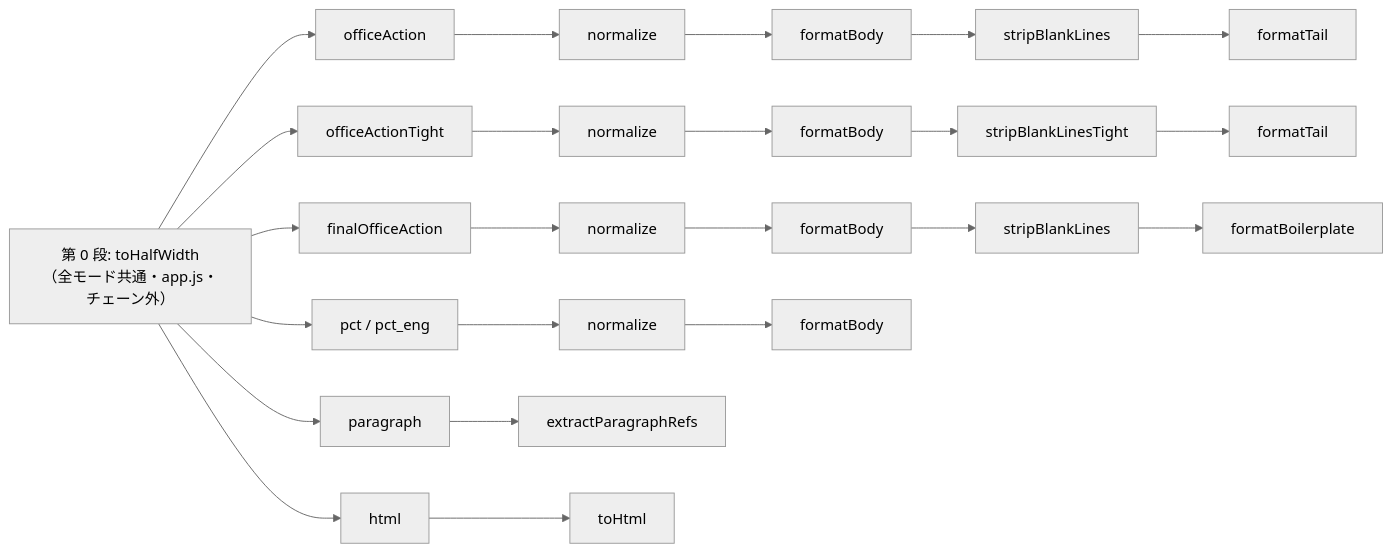
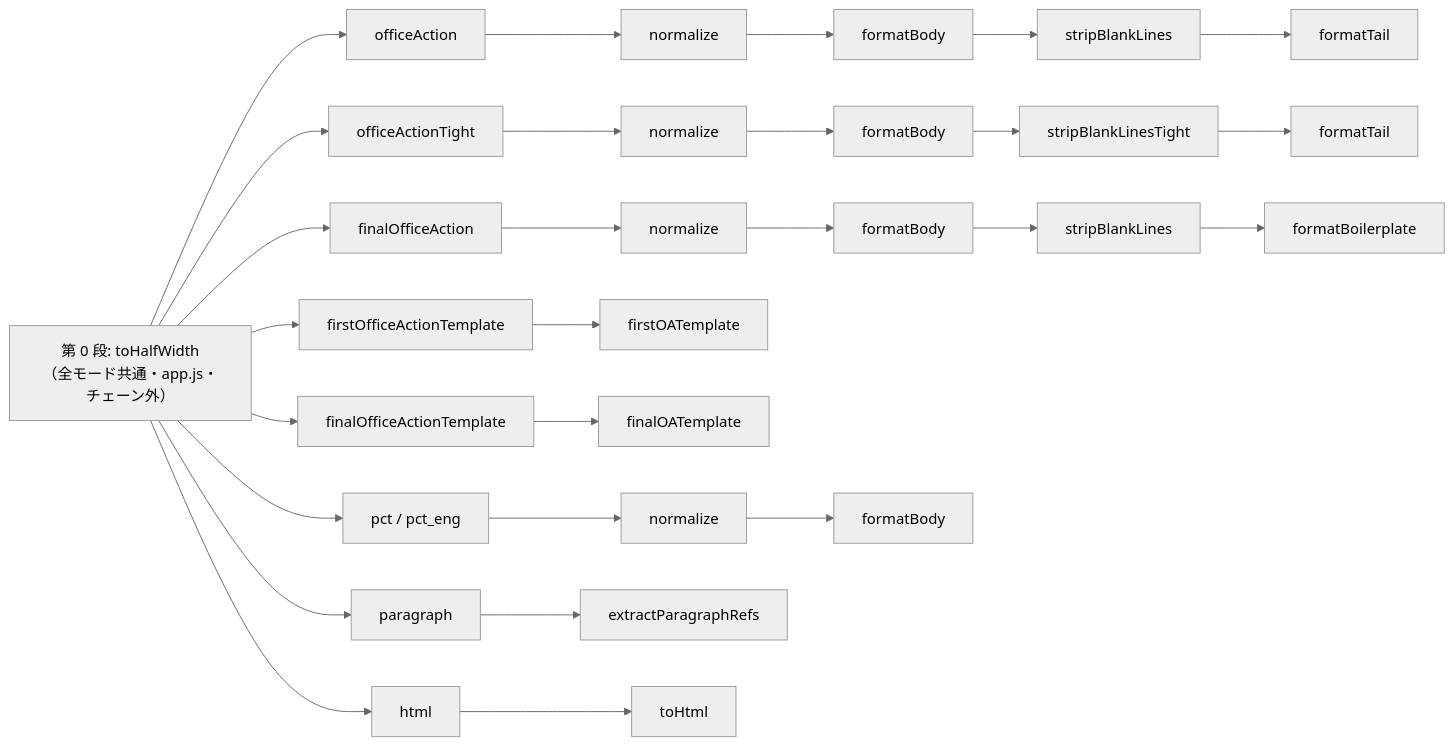
Before and after one commit to tmusimesabaoi4i/Patent_Decision_Document_Converter_v2: the second of 2 diagrams in js/flow.md, drawn with Mermaid (neutral theme). The commit also changed other lines of this file and 82 other files, not shown here.

````diff
--- a/js/flow.md
+++ b/js/flow.md
@@ -86,18 +88,22 @@
 ```mermaid
 flowchart LR
     HW["第 0 段: toHalfWidth<br/>（全モード共通・app.js・チェーン外）"]
 
     HW --> OA["officeAction"]
     HW --> OAT["officeActionTight"]
     HW --> FOA["finalOfficeAction"]
+    HW --> FOAT["firstOfficeActionTemplate"]
+    HW --> FNAT["finalOfficeActionTemplate"]
     HW --> PCT["pct / pct_eng"]
     HW --> PARA["paragraph"]
     HW --> HTML["html"]
 
     OA --> OA1["normalize"] --> OA2["formatBody"] --> OA3["stripBlankLines"] --> OA4["formatTail"]
     OAT --> OAT1["normalize"] --> OAT2["formatBody"] --> OAT3["stripBlankLinesTight"] --> OAT4["formatTail"]
     FOA --> FOA1["normalize"] --> FOA2["formatBody"] --> FOA3["stripBlankLines"] --> FOA4["formatBoilerplate"]
+    FOAT --> FOAT1["firstOATemplate"]
+    FNAT --> FNAT1["finalOATemplate"]
     PCT --> PCT1["normalize"] --> PCT2["formatBody"]
     PARA --> PARA1["extractParagraphRefs"]
     HTML --> HTML1["toHtml"]
 ```
````
